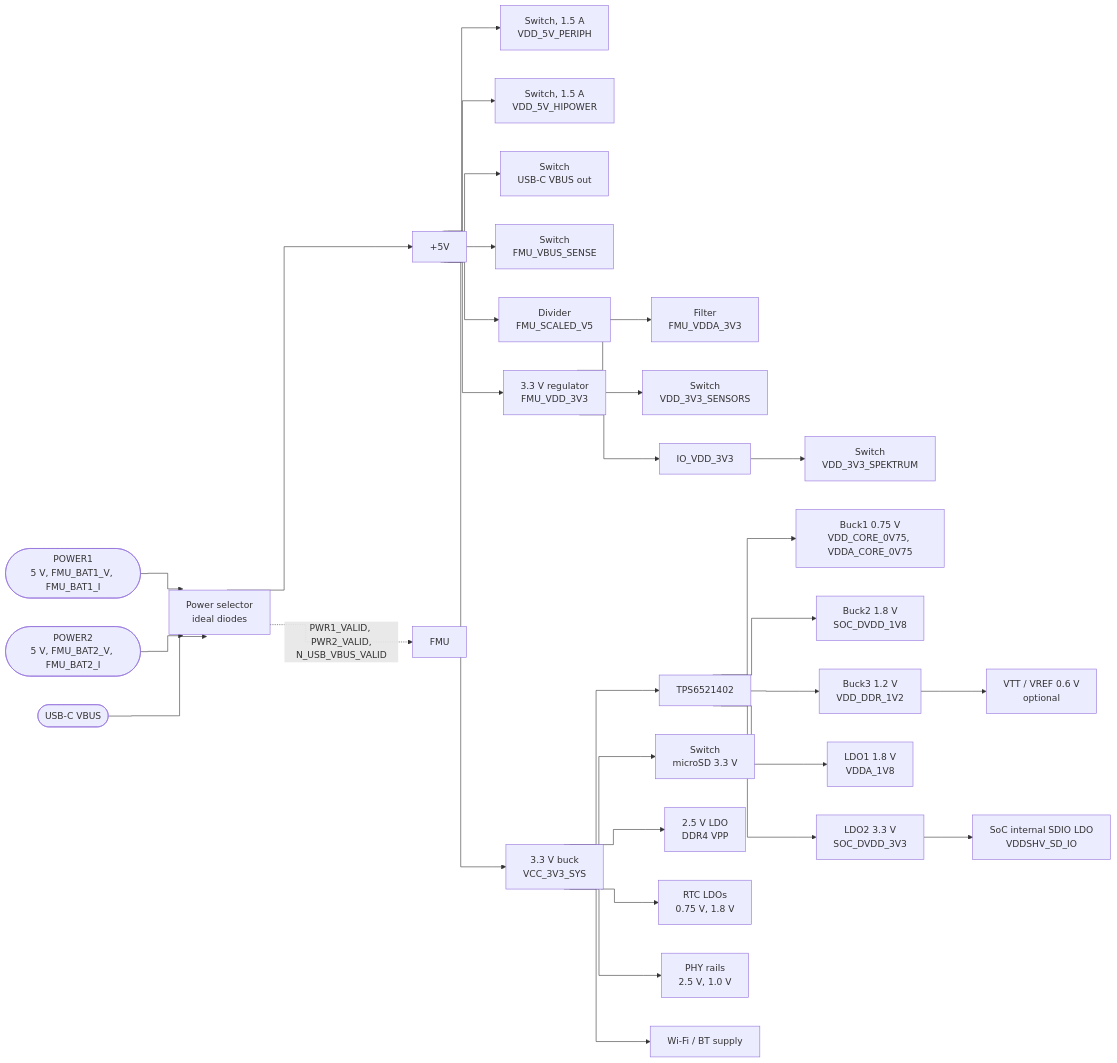
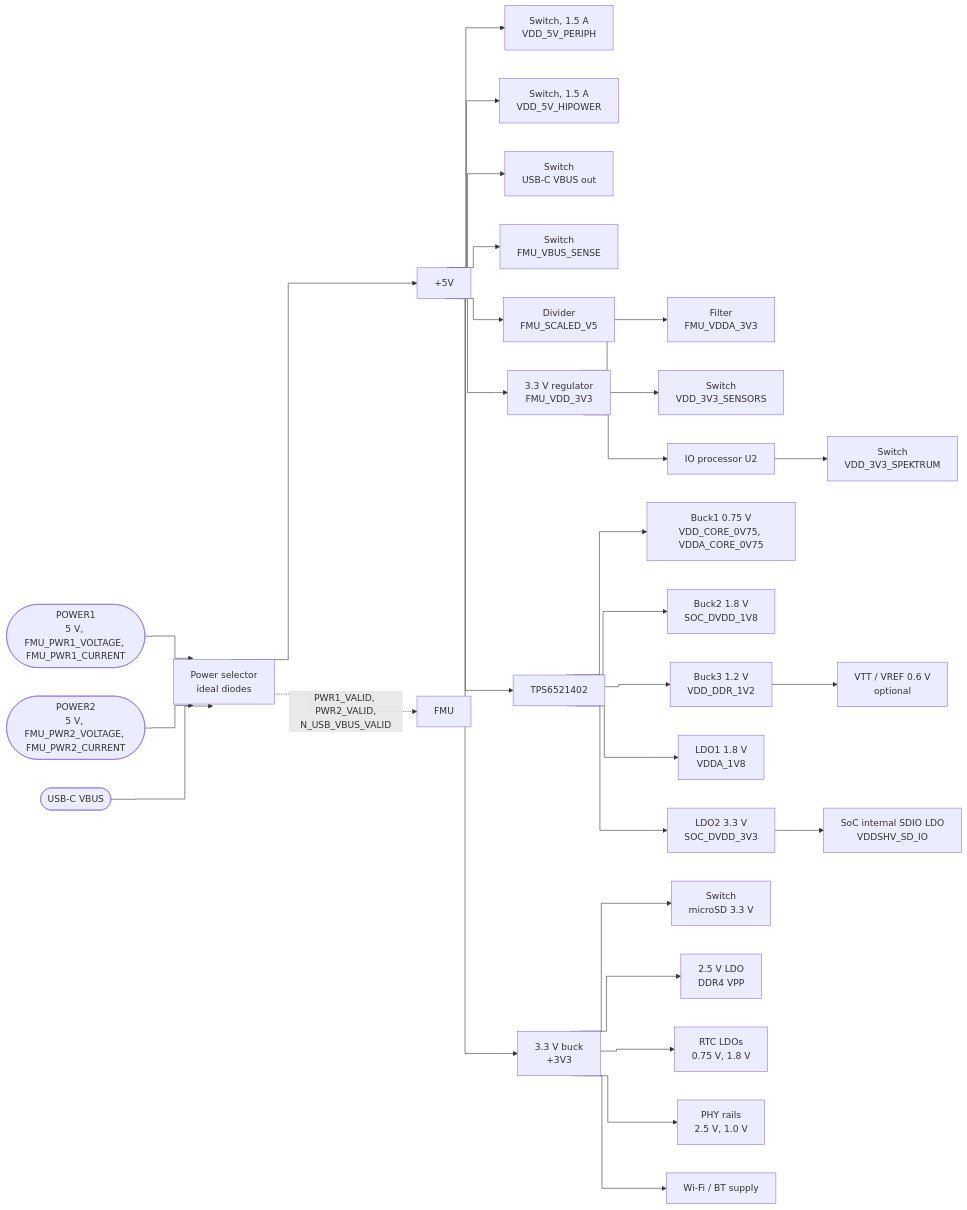
One commit to JustBrenkman/sora changed the fourth of 4 diagrams in projects/pinion/specs/diagrams/block-diagram.md. Above: the diagram before and after it, drawn with Mermaid. The commit also changed 9 other files, not shown here.

Commit message:
[pinion] 3v3 power for sys and fmu

````diff
--- a/projects/pinion/specs/diagrams/block-diagram.md
+++ b/projects/pinion/specs/diagrams/block-diagram.md
@@ -153,36 +153,36 @@
 ```mermaid
 %%{init: {"flowchart": {"curve": "step"}}}%%
 flowchart LR
-    PM1([POWER1<br/>5 V, FMU_BAT1_V, FMU_BAT1_I]) --> SEL[Power selector<br/>ideal diodes]
-    PM2([POWER2<br/>5 V, FMU_BAT2_V, FMU_BAT2_I]) --> SEL
+    PM1([POWER1<br/>5 V, FMU_PWR1_VOLTAGE, FMU_PWR1_CURRENT]) --> SEL[Power selector<br/>ideal diodes]
+    PM2([POWER2<br/>5 V, FMU_PWR2_VOLTAGE, FMU_PWR2_CURRENT]) --> SEL
     USBV([USB-C VBUS]) --> SEL
     SEL --> BUCK5[+5V]
     SEL -.->|PWR1_VALID, PWR2_VALID,<br/>N_USB_VBUS_VALID| VAL[FMU]
 
     BUCK5 --> P5[Switch, 1.5 A<br/>VDD_5V_PERIPH]
     BUCK5 --> H5[Switch, 1.5 A<br/>VDD_5V_HIPOWER]
     BUCK5 --> U5[Switch<br/>USB-C VBUS out]
     BUCK5 --> F5[Switch<br/>FMU_VBUS_SENSE]
     BUCK5 --> SCAL[Divider<br/>FMU_SCALED_V5]
 
     BUCK5 --> F33[3.3 V regulator<br/>FMU_VDD_3V3]
     F33 --> FA[Filter<br/>FMU_VDDA_3V3]
     F33 --> S33[Switch<br/>VDD_3V3_SENSORS]
-    F33 --> I33[IO_VDD_3V3]
+    F33 --> I33[IO processor U2]
     I33 --> SPK[Switch<br/>VDD_3V3_SPEKTRUM]
 
-    BUCK5 --> B33[3.3 V buck<br/>VCC_3V3_SYS]
-    B33 --> PMIC[TPS6521402]
+    BUCK5 --> B33[3.3 V buck<br/>+3V3]
+    BUCK5 --> PMIC[TPS6521402]
     PMIC --> C[Buck1 0.75 V<br/>VDD_CORE_0V75, VDDA_CORE_0V75]
     PMIC --> D18[Buck2 1.8 V<br/>SOC_DVDD_1V8]
     PMIC --> DDR[Buck3 1.2 V<br/>VDD_DDR_1V2]
     PMIC --> A18[LDO1 1.8 V<br/>VDDA_1V8]
     PMIC --> D33[LDO2 3.3 V<br/>SOC_DVDD_3V3]
     D33 --> SDL[SoC internal SDIO LDO<br/>VDDSHV_SD_IO]
     B33 --> SDP[Switch<br/>microSD 3.3 V]
     B33 --> VPP[2.5 V LDO<br/>DDR4 VPP]
     DDR --> VTT[VTT / VREF 0.6 V<br/>optional]
     B33 --> RTC[RTC LDOs<br/>0.75 V, 1.8 V]
     B33 --> PHYR[PHY rails<br/>2.5 V, 1.0 V]
     B33 --> WLR[Wi-Fi / BT supply]
 ```
````
